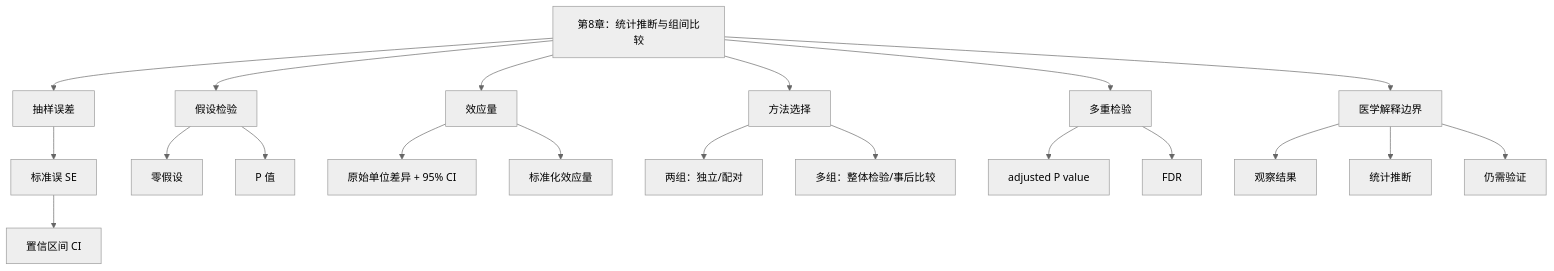
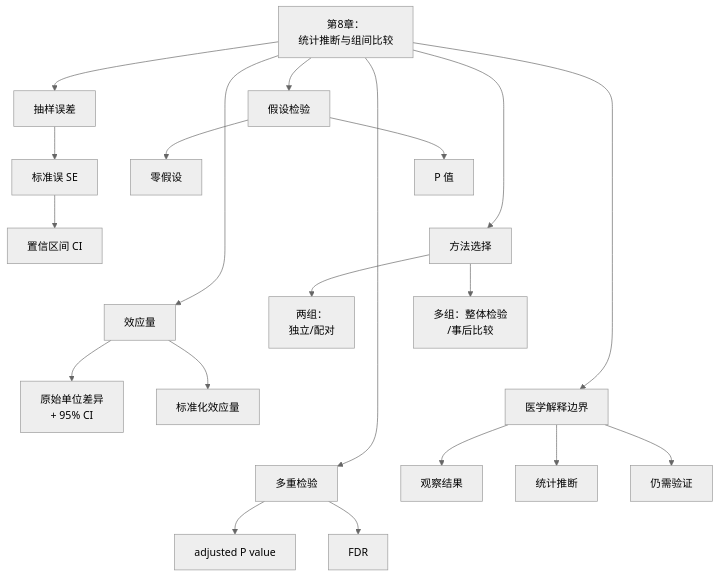
The second of 2 diagrams in docs/chapters/chapter-8/index.md (luvega/AI_MED_DataVis), drawn with Mermaid (neutral theme) before and after one commit. The commit also changed other lines of this file and 30 other files, not shown here.

Commit message:
Redraw textbook diagrams and correct data-flow relationships

````diff
--- a/docs/chapters/chapter-8/index.md
+++ b/docs/chapters/chapter-8/index.md
@@ -495,22 +500,26 @@
 ```mermaid
 flowchart TD
-  A["第8章：统计推断与组间比较"] --> B["抽样误差"]
+  A["第8章：<br/>统计推断与组间比较"] --> B["抽样误差"]
   B --> C["标准误 SE"]
   C --> D["置信区间 CI"]
   A --> E["假设检验"]
   E --> F["零假设"]
   E --> G["P 值"]
   A --> H["效应量"]
-  H --> I["原始单位差异 + 95% CI"]
+  H --> I["原始单位差异<br/> + 95% CI"]
   H --> J["标准化效应量"]
   A --> K["方法选择"]
-  K --> L["两组：独立/配对"]
-  K --> M["多组：整体检验/事后比较"]
+  K --> L["两组：<br/>独立/配对"]
+  K --> M["多组：整体检验<br/>/事后比较"]
   A --> N["多重检验"]
   N --> O["adjusted P value"]
   N --> P["FDR"]
   A --> Q["医学解释边界"]
   Q --> R["观察结果"]
   Q --> S["统计推断"]
   Q --> T["仍需验证"]
+  D ~~~ H
+  G ~~~ K
+  J ~~~ N
+  M ~~~ Q
 ```
````
